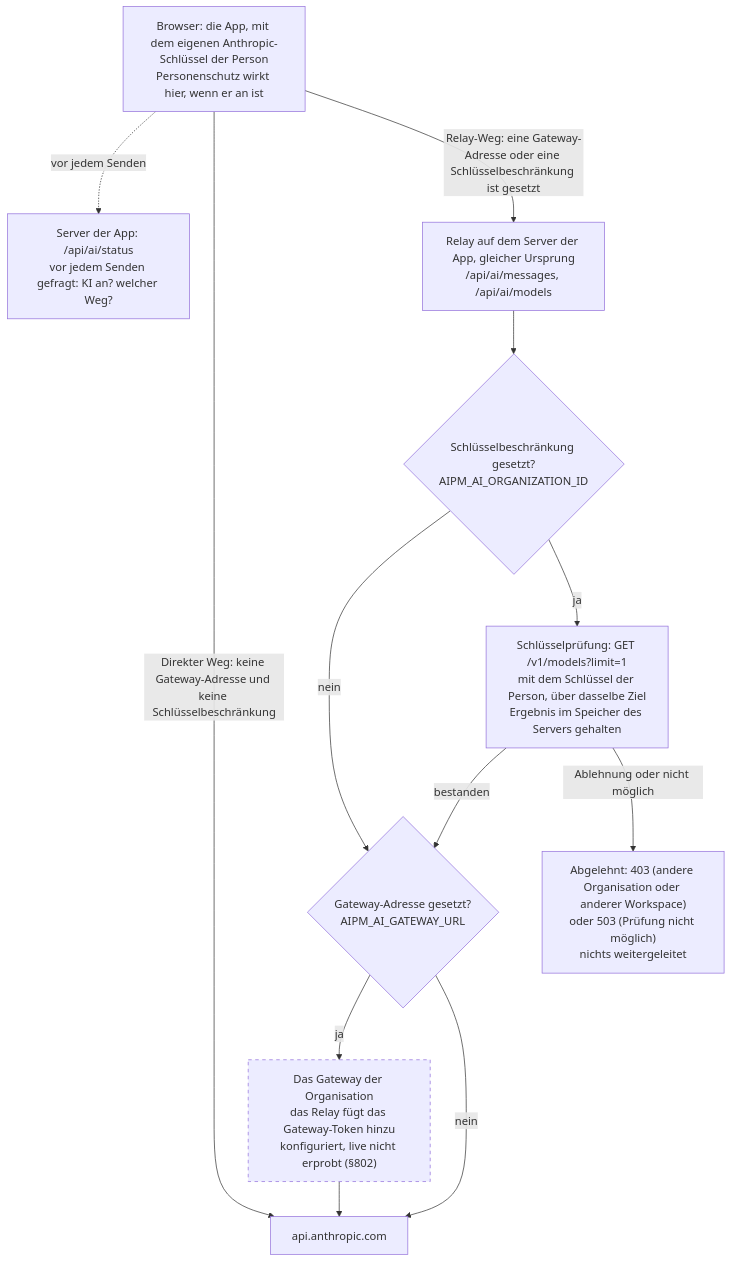
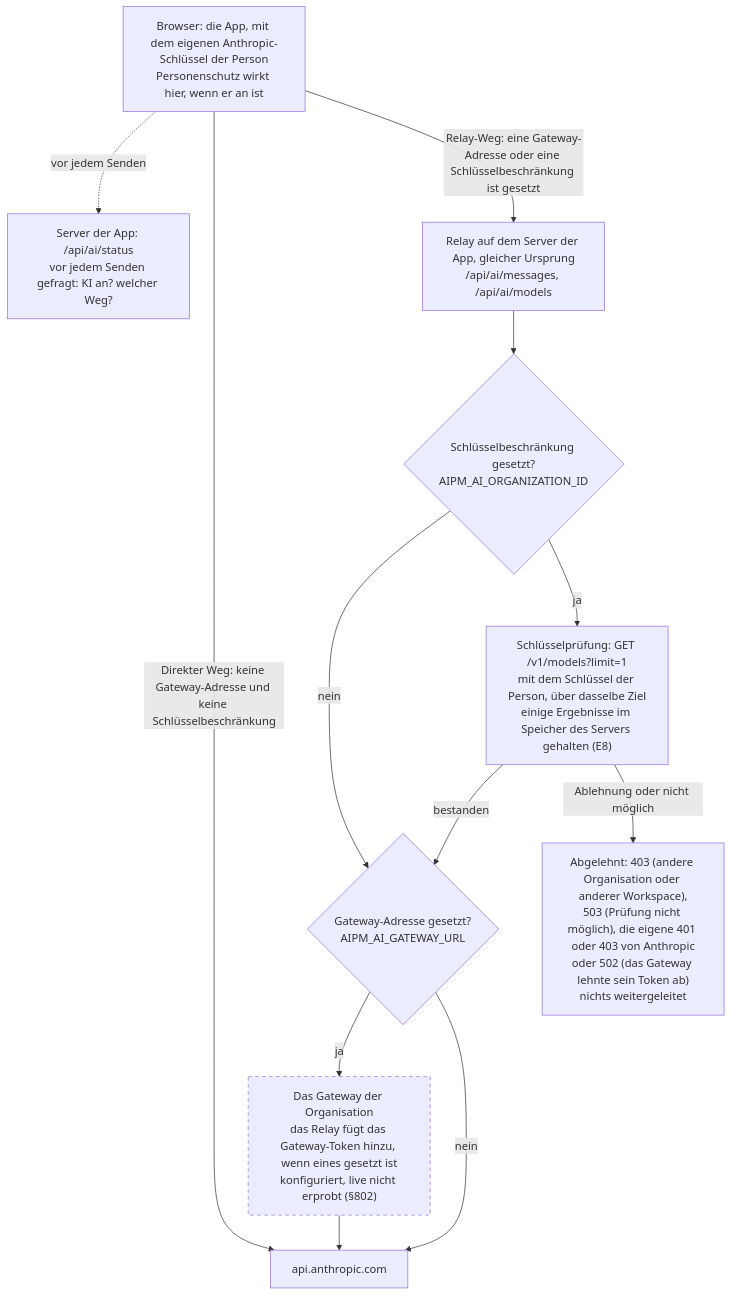
Before and after one commit to sebastianmaute/aipm-cockpit: the diagram in docs/briefs/de/appendix.md, drawn with Mermaid. The commit also changed other lines of this file and 1 other file, not shown here.

````diff
--- a/docs/briefs/de/appendix.md
+++ b/docs/briefs/de/appendix.md
@@ -43,26 +45,26 @@
 ```mermaid
 flowchart TB
   B["Browser: die App, mit dem eigenen Anthropic-Schlüssel der Person<br/>Personenschutz wirkt hier, wenn er an ist"]
   ST["Server der App: /api/ai/status<br/>vor jedem Senden gefragt: KI an? welcher Weg?"]
   A["api.anthropic.com"]
   R["Relay auf dem Server der App, gleicher Ursprung<br/>/api/ai/messages, /api/ai/models"]
   KR{"Schlüsselbeschränkung gesetzt?<br/>AIPM_AI_ORGANIZATION_ID"}
-  KC["Schlüsselprüfung: GET /v1/models?limit=1<br/>mit dem Schlüssel der Person, über dasselbe Ziel<br/>Ergebnis im Speicher des Servers gehalten"]
-  NO["Abgelehnt: 403 (andere Organisation oder anderer Workspace)<br/>oder 503 (Prüfung nicht möglich)<br/>nichts weitergeleitet"]
+  KC["Schlüsselprüfung: GET /v1/models?limit=1<br/>mit dem Schlüssel der Person, über dasselbe Ziel<br/>einige Ergebnisse im Speicher des Servers gehalten (E8)"]
+  NO["Abgelehnt: 403 (andere Organisation oder anderer Workspace),<br/>503 (Prüfung nicht möglich), die eigene 401 oder 403 von Anthropic<br/>oder 502 (das Gateway lehnte sein Token ab)<br/>nichts weitergeleitet"]
   UP{"Gateway-Adresse gesetzt?<br/>AIPM_AI_GATEWAY_URL"}
-  G["Das Gateway der Organisation<br/>das Relay fügt das Gateway-Token hinzu<br/>konfiguriert, live nicht erprobt (§802)"]
+  G["Das Gateway der Organisation<br/>das Relay fügt das Gateway-Token hinzu, wenn eines gesetzt ist<br/>konfiguriert, live nicht erprobt (§802)"]
 
   B -.->|"vor jedem Senden"| ST
   B -->|"Direkter Weg: keine Gateway-Adresse und keine Schlüsselbeschränkung"| A
   B -->|"Relay-Weg: eine Gateway-Adresse oder eine Schlüsselbeschränkung ist gesetzt"| R
   R --> KR
   KR -->|"nein"| UP
   KR -->|"ja"| KC
   KC -->|"bestanden"| UP
   KC -->|"Ablehnung oder nicht möglich"| NO
   UP -->|"ja"| G
   UP -->|"nein"| A
   G --> A
 
   style G stroke-dasharray: 5 5
 ```
````
